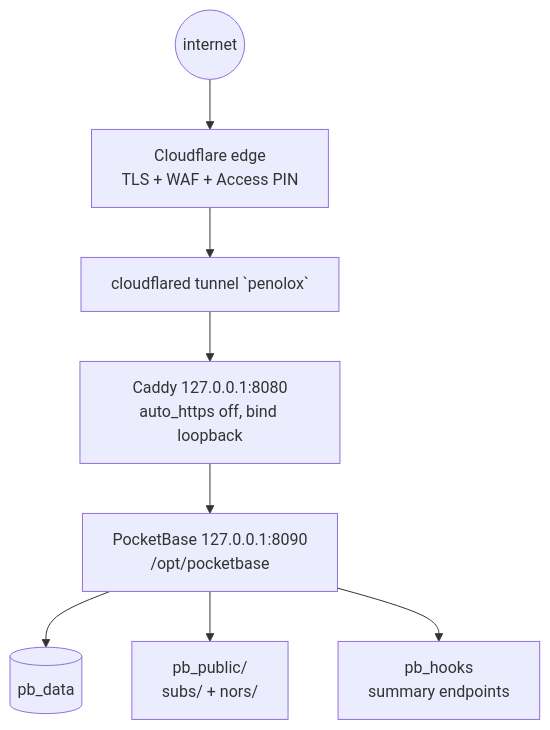
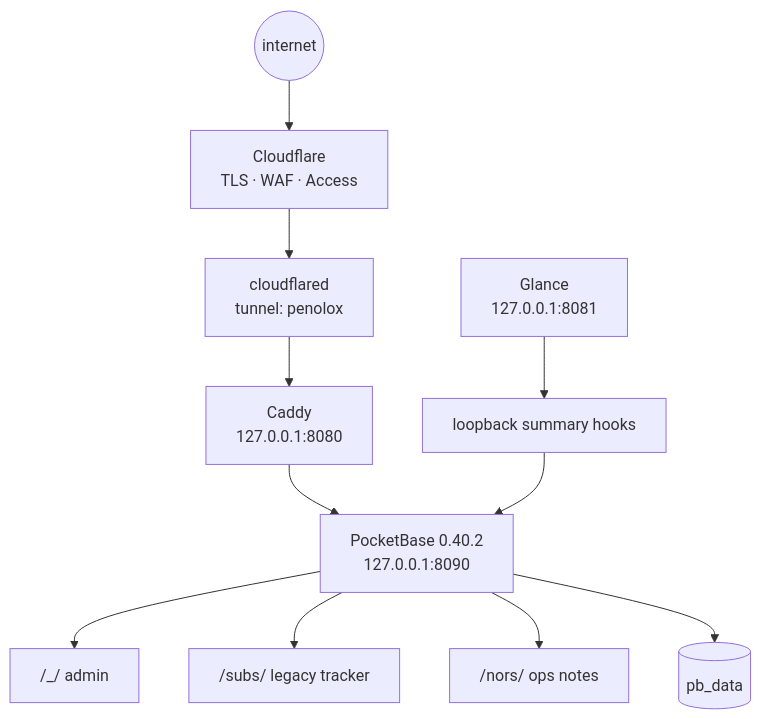
The diagram in seeds/penolox-server.md (burakboduroglu/nors), drawn with Mermaid before and after one commit. The commit also changed other lines of this file and 2 other files, not shown here.

Commit message:
docs: rebuild operational seed notes

````diff
--- a/seeds/penolox-server.md
+++ b/seeds/penolox-server.md
@@ -18,10 +18,13 @@
 ```mermaid
 flowchart TB
-    net((internet)) --> edge[Cloudflare edge<br>TLS + WAF + Access PIN]
-    edge --> tun[cloudflared tunnel `penolox`]
-    tun --> caddy[Caddy 127.0.0.1:8080<br>auto_https off, bind loopback]
-    caddy --> pb[PocketBase 127.0.0.1:8090<br>/opt/pocketbase]
+    net((internet)) --> edge[Cloudflare<br>TLS · WAF · Access]
+    edge --> tunnel[cloudflared<br>tunnel: penolox]
+    tunnel --> caddy[Caddy<br>127.0.0.1:8080]
+    caddy --> pb[PocketBase 0.40.2<br>127.0.0.1:8090]
+    pb --> admin["/_/ admin"]
+    pb --> oldsubs["/subs/ legacy tracker"]
+    pb --> nors["/nors/ ops notes"]
     pb --> data[(pb_data)]
-    pb --> pub[pb_public/<br>subs/ + nors/]
-    pb --> hooks[pb_hooks<br>summary endpoints]
+    glance[Glance<br>127.0.0.1:8081] --> hooks[loopback summary hooks]
+    hooks --> pb
 ```
````
